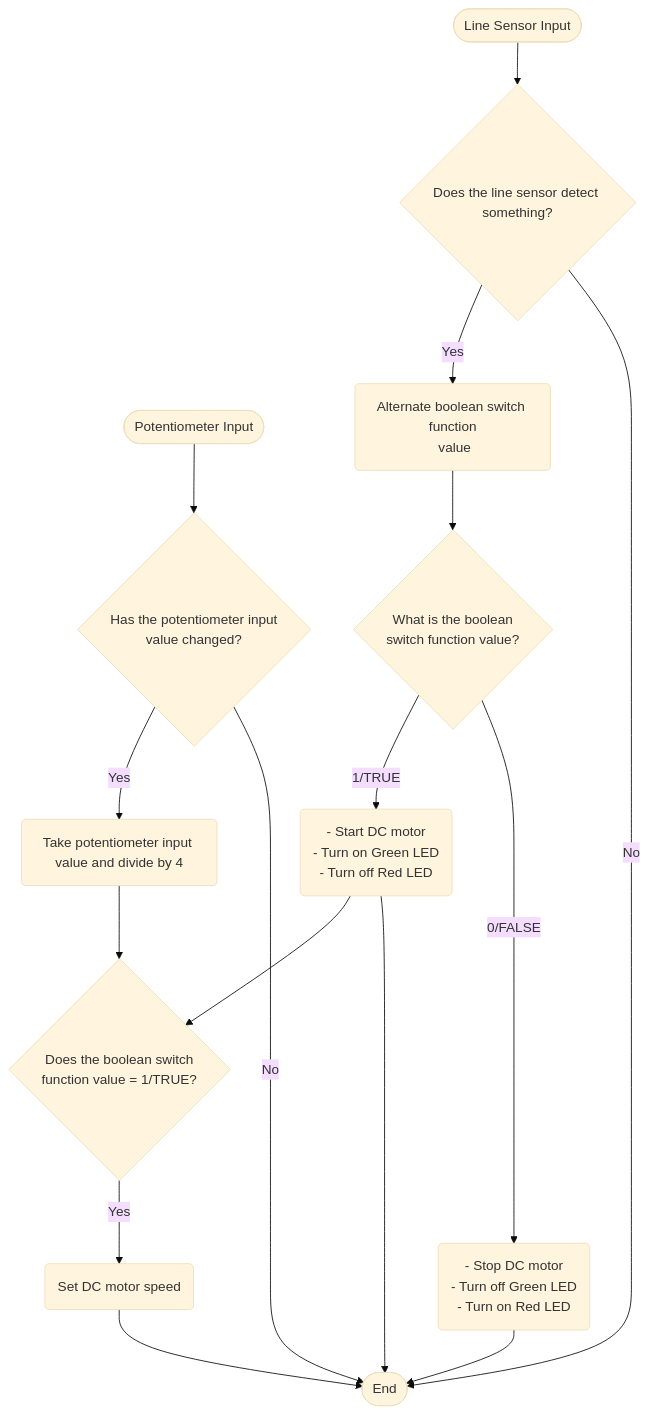
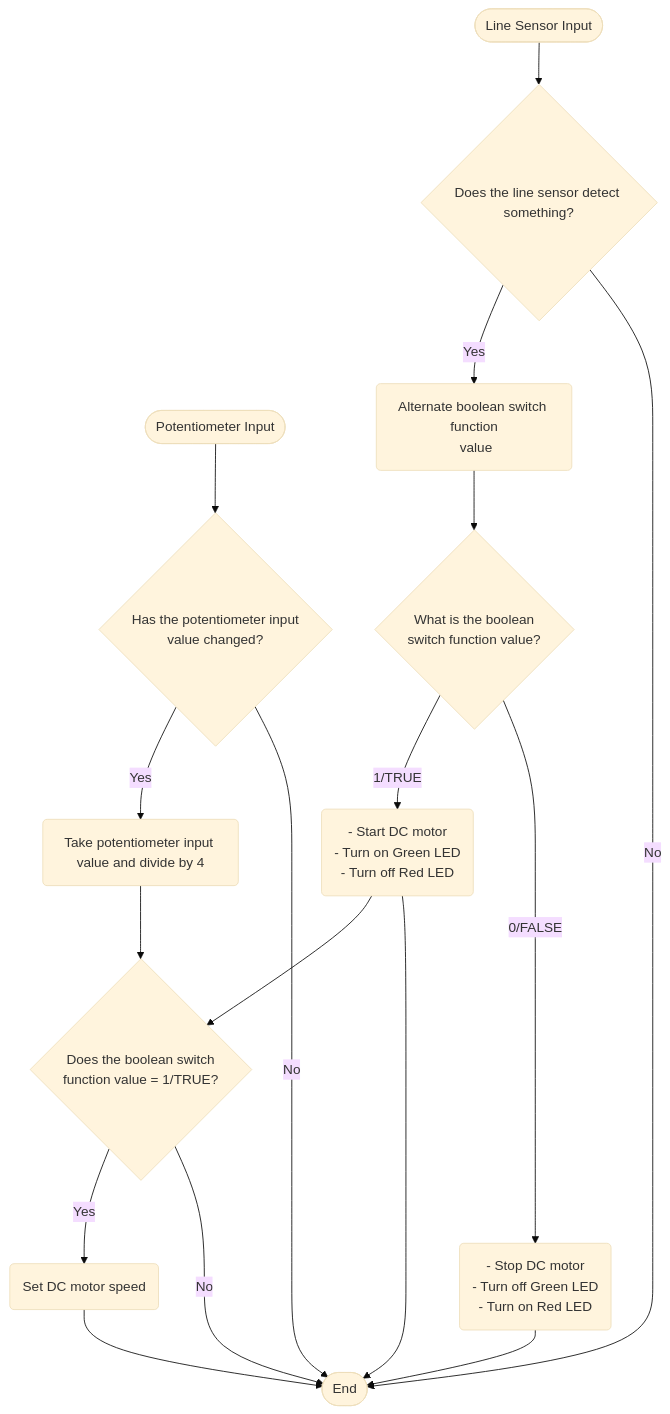
The first of 3 diagrams in logic.md (AjaySayer/Smart-Device-2023-Semester-1), drawn with Mermaid (base theme) before and after one commit. The commit also changed other lines of this file, not shown here.

````diff
--- a/logic.md
+++ b/logic.md
@@ -3,36 +3,38 @@
 ```mermaid
  flowchart TD
     potInput([Potentiometer Input])
     lineSensorInput([Line Sensor Input])
 
     lineSensorInput-->lineSensorDecision
     lineSensorDecision{Does the line sensor detect something?}
     -->|Yes|switchFunction
+    lineSensorDecision-->|No|complete
     switchFunction(Alternate boolean switch function<br> value)
     switchFunction-->switchDecision
+
     switchDecision{What is the boolean <br>switch function value?}
     -->|1/TRUE|engineStart
     engineStart("- Start DC motor<br>- Turn on Green LED<br>- Turn off Red LED")
     -->engineSpeedDecision
 
     switchDecision-->|0/FALSE|engineStop
     engineStop("- Stop DC motor<br>- Turn off Green LED<br>- Turn on Red LED")
 
-    lineSensorDecision-->|No|complete
-
     engineStart-->complete
     engineStop-->complete
 
     potInput-->potDecision
     potDecision{Has the potentiometer input <br>value changed?}
     -->|Yes|setSpeed
     potDecision-->|No|complete
+
     setSpeed(Take potentiometer input value and divide by 4)
     -->engineSpeedDecision
     engineSpeedDecision{Does the boolean switch <br>function value = 1/TRUE?}
     -->|Yes|engineSpeed
+    engineSpeedDecision-->|No|complete
     engineSpeed(Set DC motor speed)
     -->complete
 
     complete([End])
 ```
````
